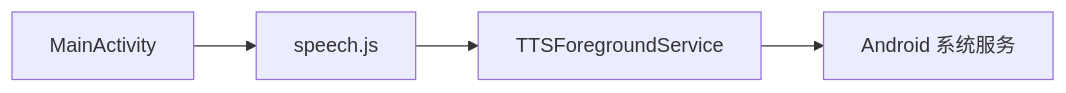
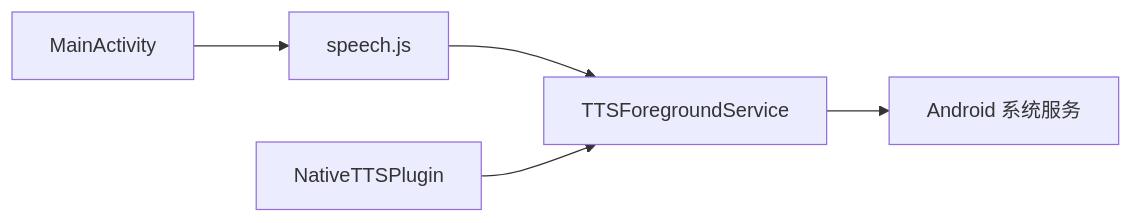
One commit to zhao-zg/cx changed the fifth of 5 diagrams in .qoder/repowiki/zh/content/移动应用开发/服务管理.md. Above: the diagram before and after it, drawn with Mermaid. The commit also changed other lines of this file and 30 other files, not shown here.

````diff
--- a/.qoder/repowiki/zh/content/移动应用开发/服务管理.md
+++ b/.qoder/repowiki/zh/content/移动应用开发/服务管理.md
@@ -303,6 +319,7 @@
 ```mermaid
 graph LR
 SVC["TTSForegroundService"] --> AND["Android 系统服务"]
 SP["speech.js"] --> SVC
 MA["MainActivity"] --> SP
+NTP["NativeTTSPlugin"] --> SVC
 ```
````
